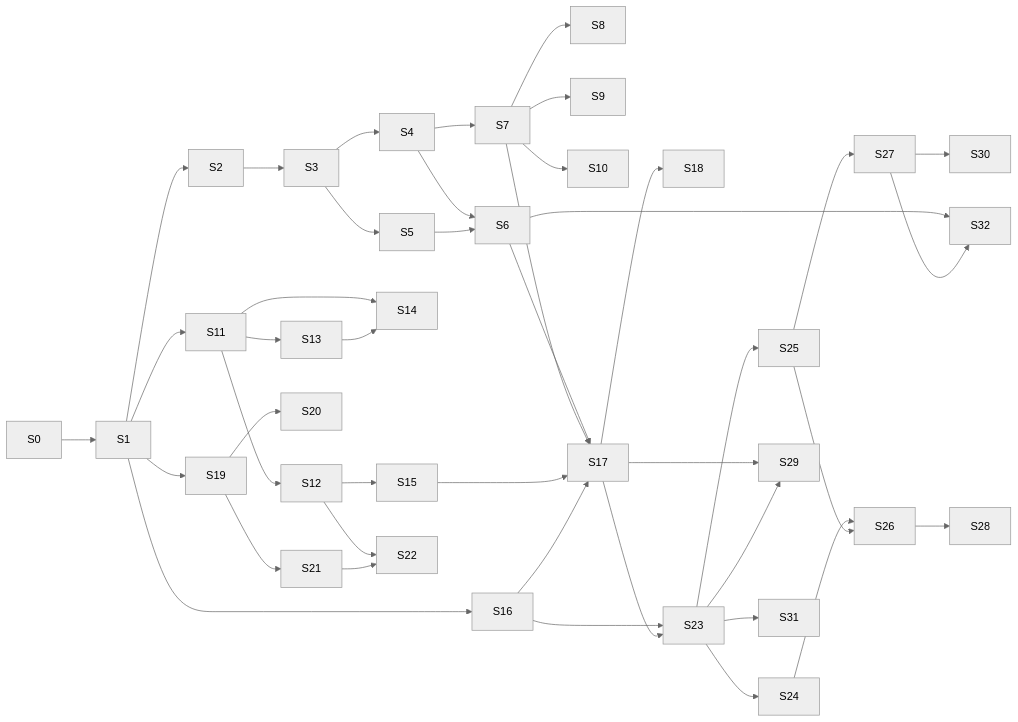
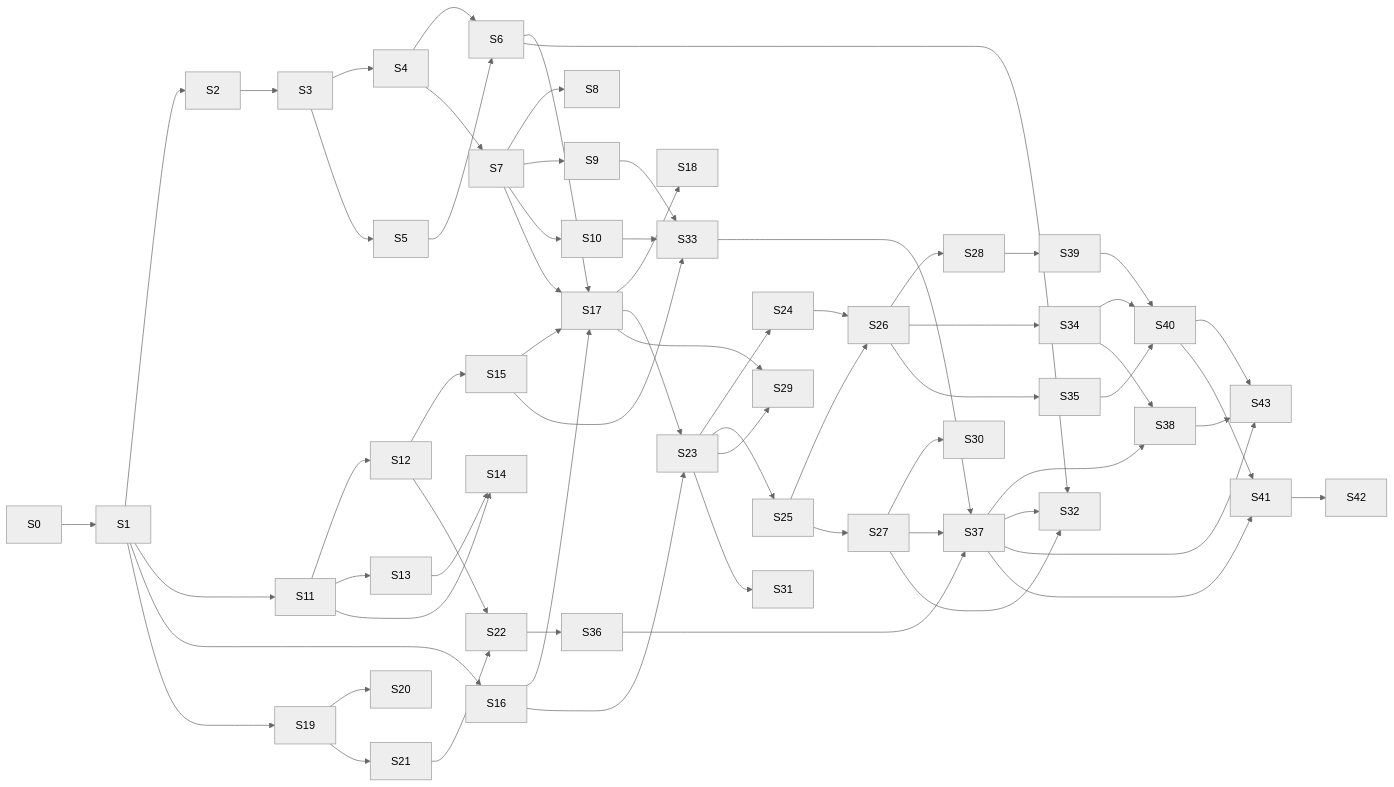
One commit to flakesystems/PrismDMX changed the diagram in IMPLEMENTATION_PLAN.md. Above: the diagram before and after it, drawn with Mermaid (neutral theme). The commit also changed other lines of this file and 1 other file, not shown here.

````diff
--- a/IMPLEMENTATION_PLAN.md
+++ b/IMPLEMENTATION_PLAN.md
@@ -458,22 +777,30 @@
 ```mermaid
 flowchart LR
     S0 --> S1 --> S2 --> S3 --> S4 --> S6
     S3 --> S5 --> S6
     S4 --> S7 --> S8
     S7 --> S9 & S10
     S1 --> S11 --> S12 & S13
     S11 --> S14
     S13 --> S14
     S12 --> S15
     S1 --> S16
     S6 & S7 & S15 & S16 --> S17 --> S18
     S1 --> S19 --> S20
     S19 --> S21
     S12 & S21 --> S22
     S16 & S17 --> S23 --> S24 & S25
-    S24 & S25 --> S26 --> S28
+    S24 & S25 --> S26 --> S28 & S34 & S35
     S25 --> S27 --> S30
     S17 & S23 --> S29
     S23 --> S31
-    S6 & S27 --> S32
+    S28 --> S39
+    S39 & S34 & S35 --> S40
+    S9 & S10 & S15 --> S33
+    S22 --> S36
+    S33 & S36 & S27 --> S37 --> S38
+    S34 --> S38
+    S6 & S27 & S37 --> S32
+    S37 & S40 & S38 --> S43
+    S37 & S40 --> S41 --> S42
 ```
````
